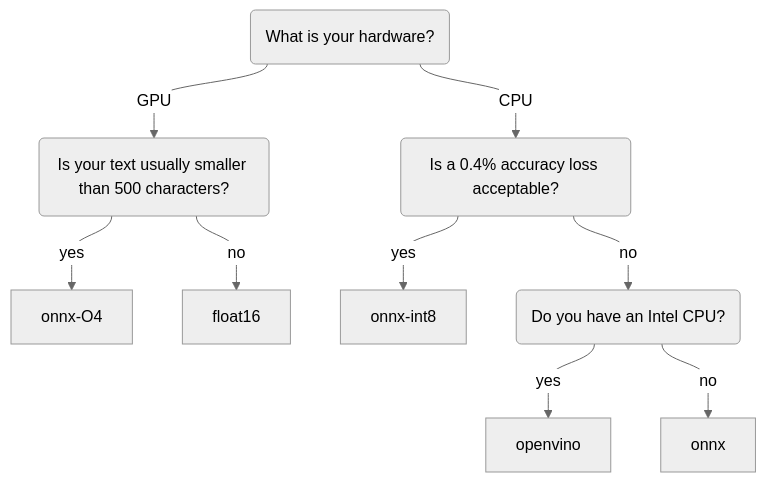
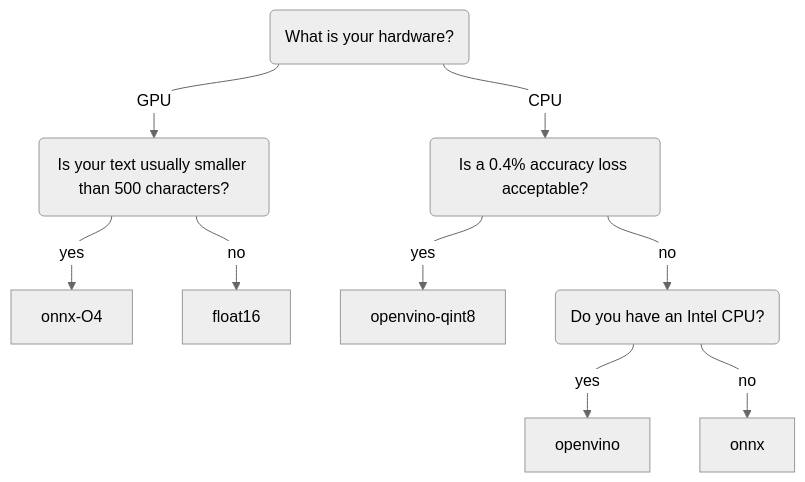
Before and after one commit to UKPLab/sentence-transformers: the diagram in docs/sentence_transformer/usage/efficiency.rst, drawn with Mermaid. The commit also changed other lines of this file and 7 other files, not shown here.

```diff
--- a/docs/sentence_transformer/usage/efficiency.rst
+++ b/docs/sentence_transformer/usage/efficiency.rst
@@ -418,22 +511,22 @@
 .. mermaid::
    
    %%{init: {
       "theme": "neutral",
       "flowchart": {
          "curve": "bumpY"
       }
    }}%%
    graph TD
    A(What is your hardware?) -->|GPU| B(Is your text usually smaller than 500 characters?)
    A -->|CPU| C(Is a 0.4% accuracy loss acceptable?)
    B -->|yes| D[onnx-O4]
    B -->|no| F[float16]
-   C -->|yes| G[onnx-int8]
+   C -->|yes| G[openvino-qint8]
    C -->|no| H(Do you have an Intel CPU?)
    H -->|yes| I[openvino]
    H -->|no| J[onnx]
    click D "#optimizing-onnx-models"
    click F "#pytorch"
-   click G "#quantizing-onnx-models"
+   click G "#quantizing-openvino-models"
    click I "#openvino"
    click J "#onnx"
```
